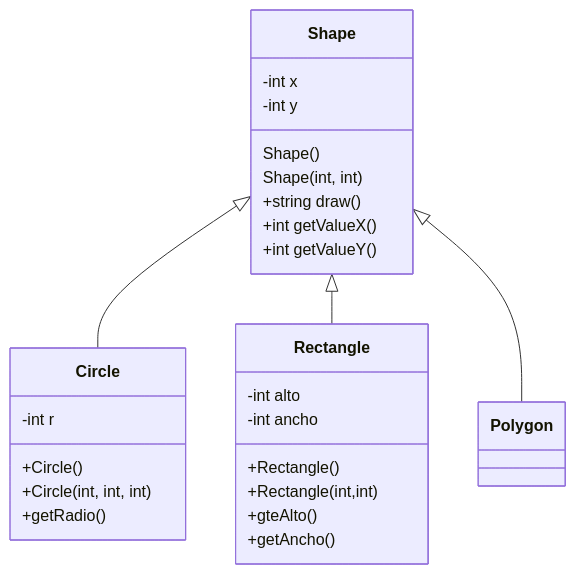
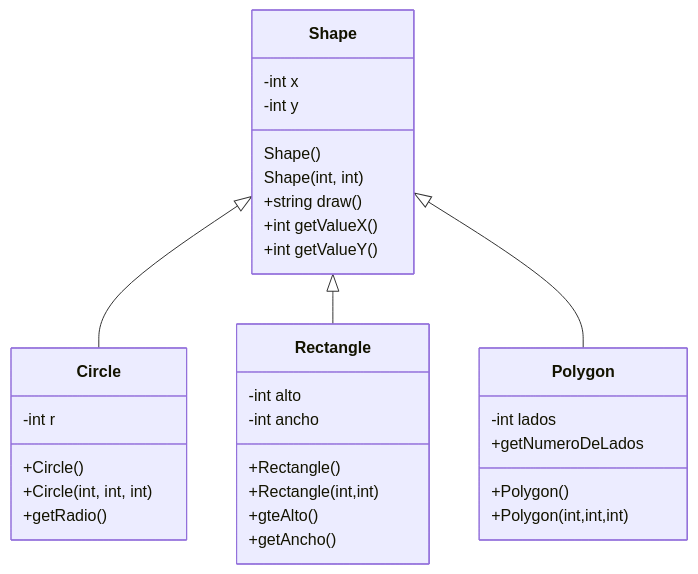
Before and after one commit to pao2114/TC1030.cpp.herencia: the first of 2 diagrams in assignments/01-ShapeCircleRectanglePolygon/README.md, drawn with Mermaid. The commit also changed 4 other files, not shown here.

````diff
--- a/assignments/01-ShapeCircleRectanglePolygon/README.md
+++ b/assignments/01-ShapeCircleRectanglePolygon/README.md
@@ -5,31 +5,35 @@
 ```mermaid
 classDiagram
       Shape <|-- Circle
       Shape <|-- Rectangle
       Shape <|-- Polygon
       Shape:-int x
       Shape:-int y
       Shape:Shape()
       Shape:Shape(int, int)
       Shape:+string draw()
       Shape:+int getValueX()
       Shape:+int getValueY()
       class Circle {
         -int r
         +Circle()
         +Circle(int, int, int)
         +getRadio()
       }
       class Rectangle { 
          -int alto
          -int ancho
          +Rectangle()
          +Rectangle(int,int)
          +gteAlto()
          +getAncho()       
       }
       class Polygon {
+         -int lados
+         +Polygon()
+         +Polygon(int,int,int)
+         +getNumeroDeLados
       }
         
 
 ```
````
